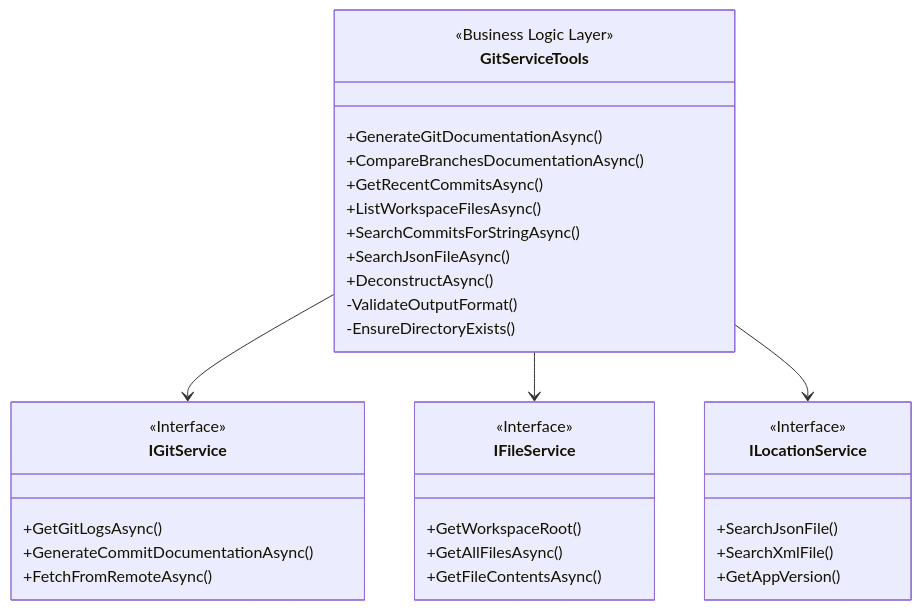
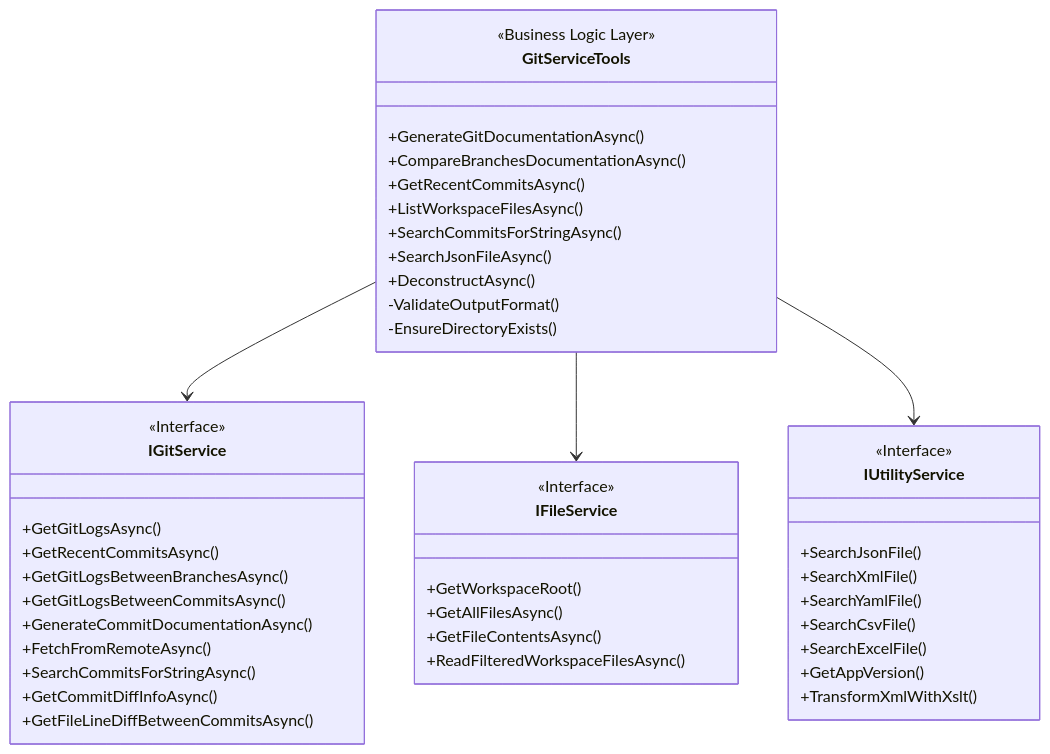
Before and after one commit to MCPRUNNER/GitVisionMCP: the second of 9 diagrams in Documentation/ARCHITECTURE.md, drawn with Mermaid. The commit also changed other lines of this file and 17 other files, not shown here.

````diff
--- a/Documentation/ARCHITECTURE.md
+++ b/Documentation/ARCHITECTURE.md
@@ -72,40 +76,51 @@
 ```mermaid
 classDiagram
     class GitServiceTools {
         <<Business Logic Layer>>
         +GenerateGitDocumentationAsync()
         +CompareBranchesDocumentationAsync()
         +GetRecentCommitsAsync()
         +ListWorkspaceFilesAsync()
         +SearchCommitsForStringAsync()
         +SearchJsonFileAsync()
         +DeconstructAsync()
         -ValidateOutputFormat()
         -EnsureDirectoryExists()
     }
 
     class IGitService {
         <<Interface>>
         +GetGitLogsAsync()
+        +GetRecentCommitsAsync()
+        +GetGitLogsBetweenBranchesAsync()
+        +GetGitLogsBetweenCommitsAsync()
         +GenerateCommitDocumentationAsync()
         +FetchFromRemoteAsync()
+        +SearchCommitsForStringAsync()
+        +GetCommitDiffInfoAsync()
+        +GetFileLineDiffBetweenCommitsAsync()
     }
 
     class IFileService {
         <<Interface>>
         +GetWorkspaceRoot()
         +GetAllFilesAsync()
         +GetFileContentsAsync()
+        +ReadFilteredWorkspaceFilesAsync()
     }
 
-    class ILocationService {
+    class IUtilityService {
         <<Interface>>
         +SearchJsonFile()
         +SearchXmlFile()
+        +SearchYamlFile()
+        +SearchCsvFile()
+        +SearchExcelFile()
         +GetAppVersion()
+        +TransformXmlWithXslt()
     }
 
     GitServiceTools --> IGitService
     GitServiceTools --> IFileService
-    GitServiceTools --> ILocationService
+    GitServiceTools --> IUtilityService
 ```
````
